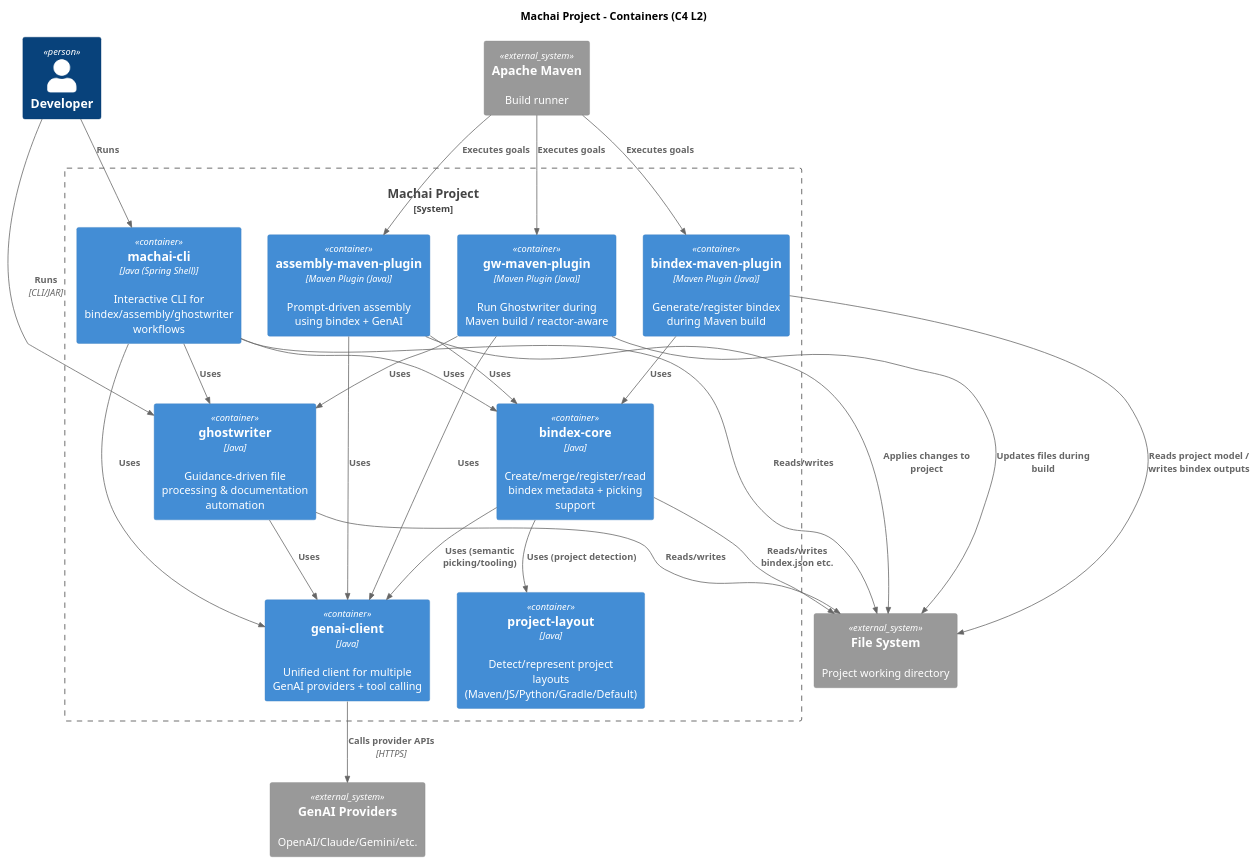
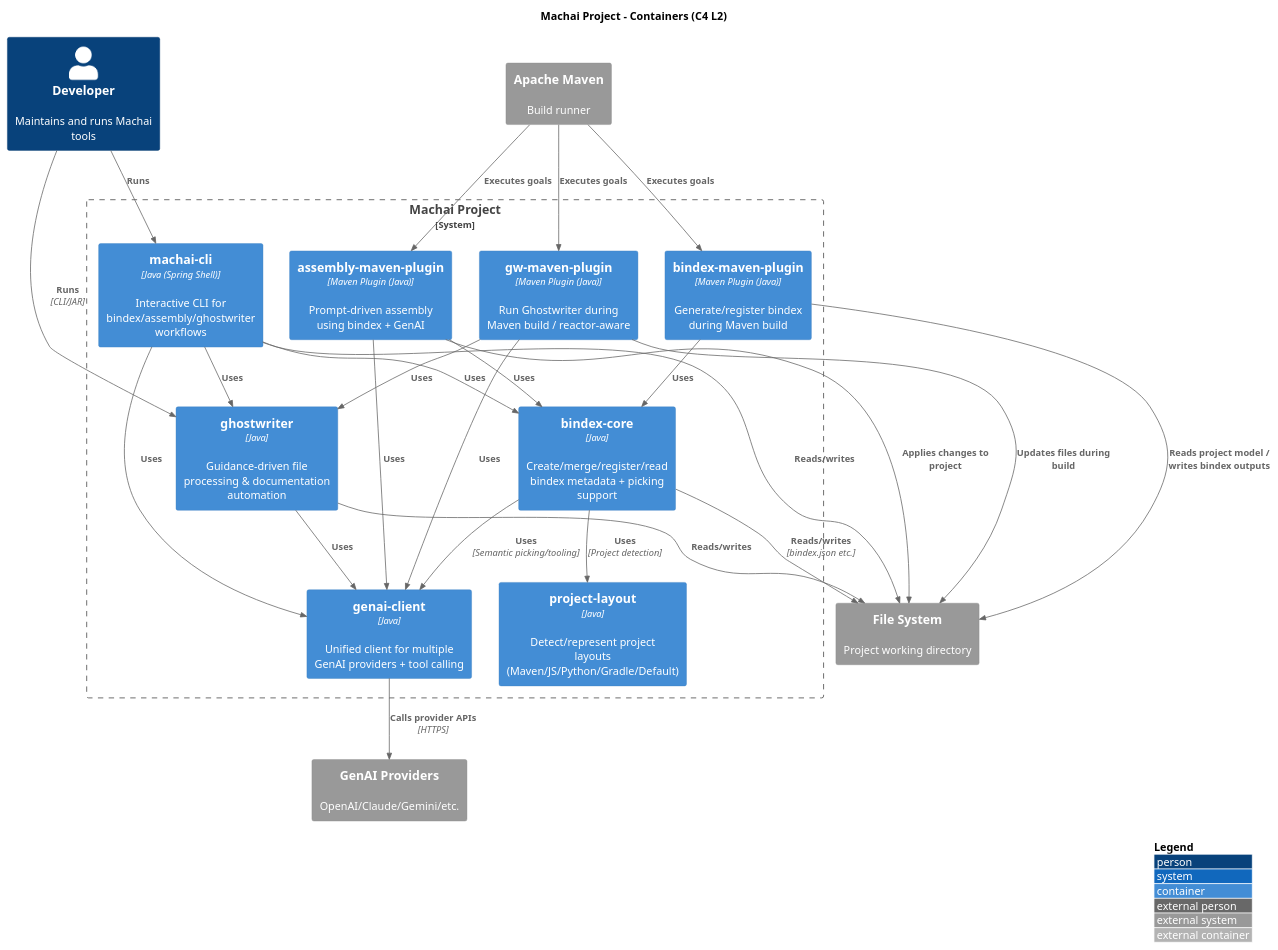
The diagram in src/site/puml/machai-prj-c4-l2.puml (machanism-org/machai), drawn with PlantUML before and after one commit. The commit also changed 53 other files, not shown here.

```diff
--- a/src/site/puml/machai-prj-c4-l2.puml
+++ b/src/site/puml/machai-prj-c4-l2.puml
@@ -2,54 +2,57 @@
 @startuml
 !include https://raw.githubusercontent.com/plantuml-stdlib/C4-PlantUML/master/C4_Container.puml
 
+' Layout & styling
+LAYOUT_WITH_LEGEND()
+
 title Machai Project - Containers (C4 L2)
 
-Person(dev, "Developer")
+Person(dev, "Developer", "Maintains and runs Machai tools")
 
 System_Boundary(machai, "Machai Project") {
   Container(cli, "machai-cli", "Java (Spring Shell)", "Interactive CLI for bindex/assembly/ghostwriter workflows")
   Container(gw, "ghostwriter", "Java", "Guidance-driven file processing & documentation automation")
   Container(genai, "genai-client", "Java", "Unified client for multiple GenAI providers + tool calling")
   Container(bindexCore, "bindex-core", "Java", "Create/merge/register/read bindex metadata + picking support")
   Container(projectLayout, "project-layout", "Java", "Detect/represent project layouts (Maven/JS/Python/Gradle/Default)")
 
   Container(bindexPlugin, "bindex-maven-plugin", "Maven Plugin (Java)", "Generate/register bindex during Maven build")
   Container(assemblyPlugin, "assembly-maven-plugin", "Maven Plugin (Java)", "Prompt-driven assembly using bindex + GenAI")
   Container(gwPlugin, "gw-maven-plugin", "Maven Plugin (Java)", "Run Ghostwriter during Maven build / reactor-aware")
 
+  Rel(dev, cli, "Runs")
+  Rel(dev, gw, "Runs", "CLI/JAR")
+
   Rel(cli, bindexCore, "Uses")
   Rel(cli, gw, "Uses")
   Rel(cli, genai, "Uses")
 
   Rel(gw, genai, "Uses")
-  Rel(bindexCore, genai, "Uses (semantic picking/tooling)")
-  Rel(bindexCore, projectLayout, "Uses (project detection)")
+  Rel(bindexCore, genai, "Uses", "Semantic picking/tooling")
+  Rel(bindexCore, projectLayout, "Uses", "Project detection")
 
   Rel(bindexPlugin, bindexCore, "Uses")
   Rel(assemblyPlugin, bindexCore, "Uses")
   Rel(assemblyPlugin, genai, "Uses")
   Rel(gwPlugin, gw, "Uses")
   Rel(gwPlugin, genai, "Uses")
 }
 
 System_Ext(genaiProviders, "GenAI Providers", "OpenAI/Claude/Gemini/etc.")
 System_Ext(maven, "Apache Maven", "Build runner")
 System_Ext(fs, "File System", "Project working directory")
 
-Rel(dev, cli, "Runs")
-Rel(dev, gw, "Runs", "CLI/JAR")
-
 Rel(maven, bindexPlugin, "Executes goals")
 Rel(maven, assemblyPlugin, "Executes goals")
 Rel(maven, gwPlugin, "Executes goals")
 
 Rel(genai, genaiProviders, "Calls provider APIs", "HTTPS")
 
 Rel(cli, fs, "Reads/writes")
 Rel(gw, fs, "Reads/writes")
-Rel(bindexCore, fs, "Reads/writes bindex.json etc.")
+Rel(bindexCore, fs, "Reads/writes", "bindex.json etc.")
 Rel(bindexPlugin, fs, "Reads project model / writes bindex outputs")
 Rel(assemblyPlugin, fs, "Applies changes to project")
 Rel(gwPlugin, fs, "Updates files during build")
 
 @enduml
```
